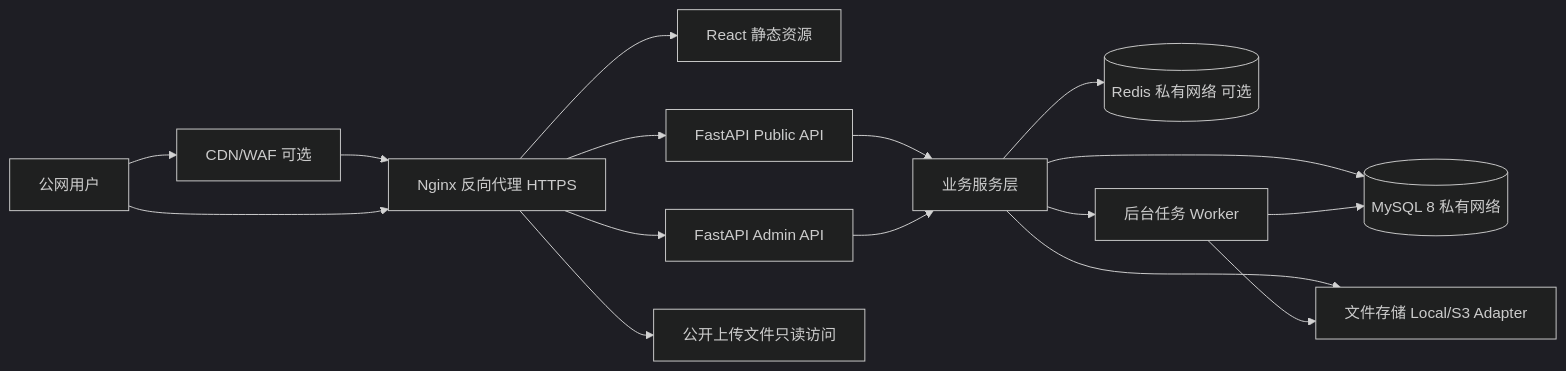
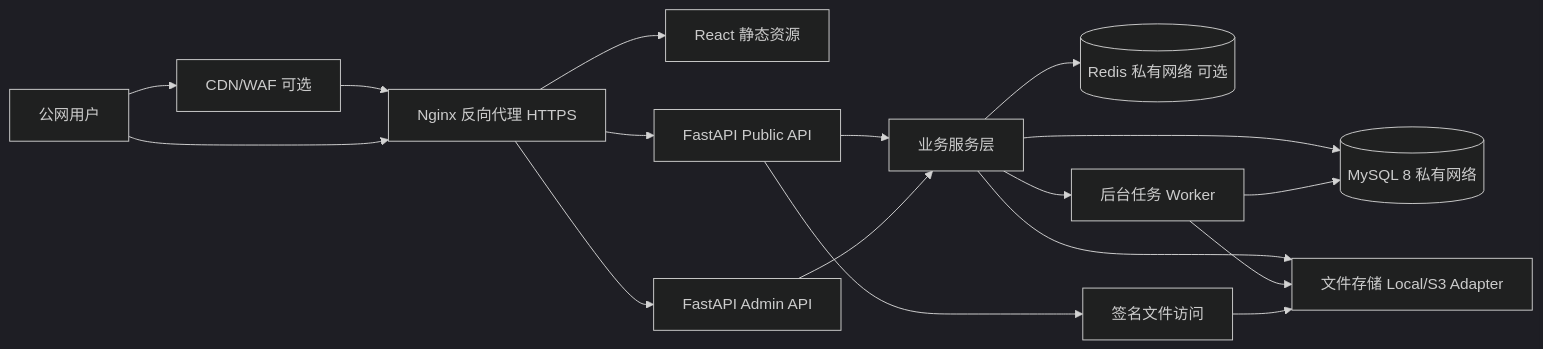
One commit to ChaceQC/blog changed the diagram in PROJECT_PLAN.md. Above: the diagram before and after it, drawn with Mermaid (dark theme). The commit also changed other lines of this file and 5 other files, not shown here.

````diff
--- a/PROJECT_PLAN.md
+++ b/PROJECT_PLAN.md
@@ -53,18 +53,19 @@
 ```mermaid
 flowchart LR
   Internet["公网用户"] --> CDN["CDN/WAF 可选"]
   CDN --> Nginx["Nginx 反向代理 HTTPS"]
   Internet --> Nginx
   Nginx --> Static["React 静态资源"]
   Nginx --> PublicAPI["FastAPI Public API"]
   Nginx --> AdminAPI["FastAPI Admin API"]
   PublicAPI --> Service["业务服务层"]
   AdminAPI --> Service
   Service --> MySQL[("MySQL 8 私有网络")]
   Service --> Redis[("Redis 私有网络 可选")]
   Service --> Storage["文件存储 Local/S3 Adapter"]
   Service --> Worker["后台任务 Worker"]
   Worker --> MySQL
   Worker --> Storage
-  Nginx --> Uploads["公开上传文件只读访问"]
+  PublicAPI --> SignedFiles["签名文件访问"]
+  SignedFiles --> Storage
 ```
````
